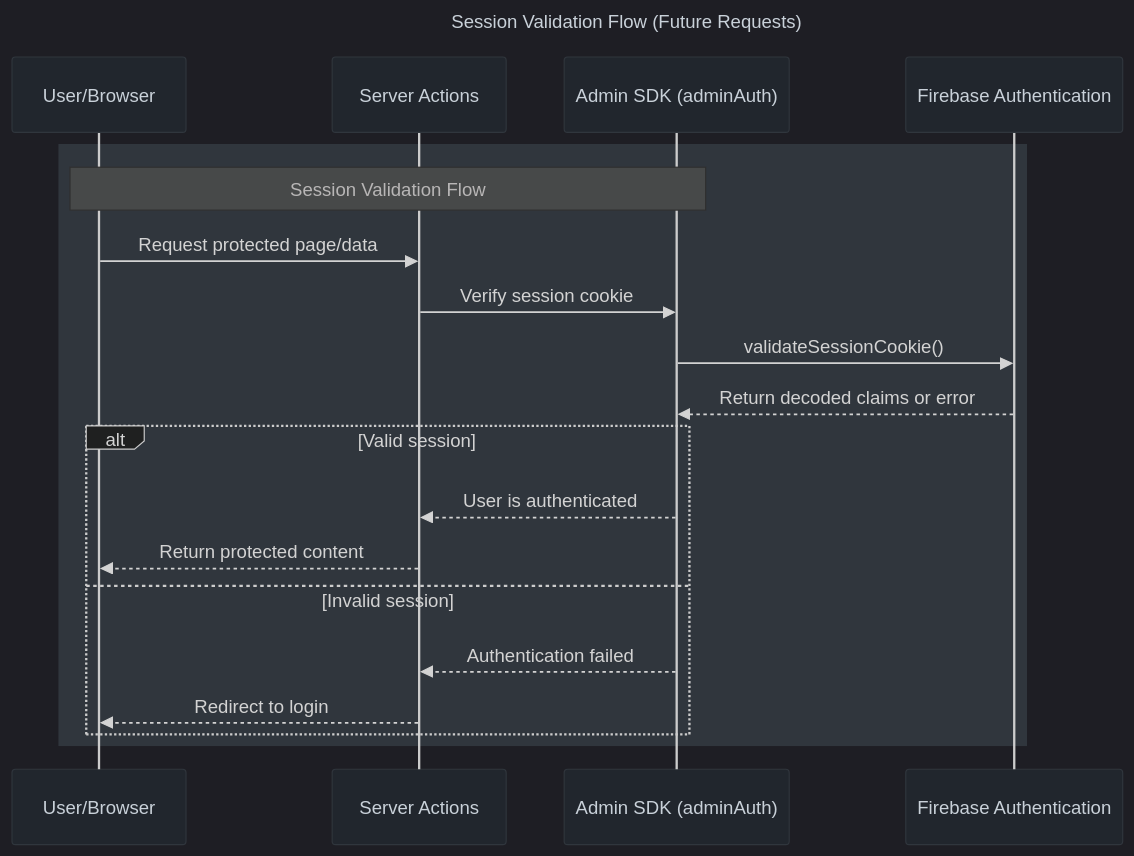
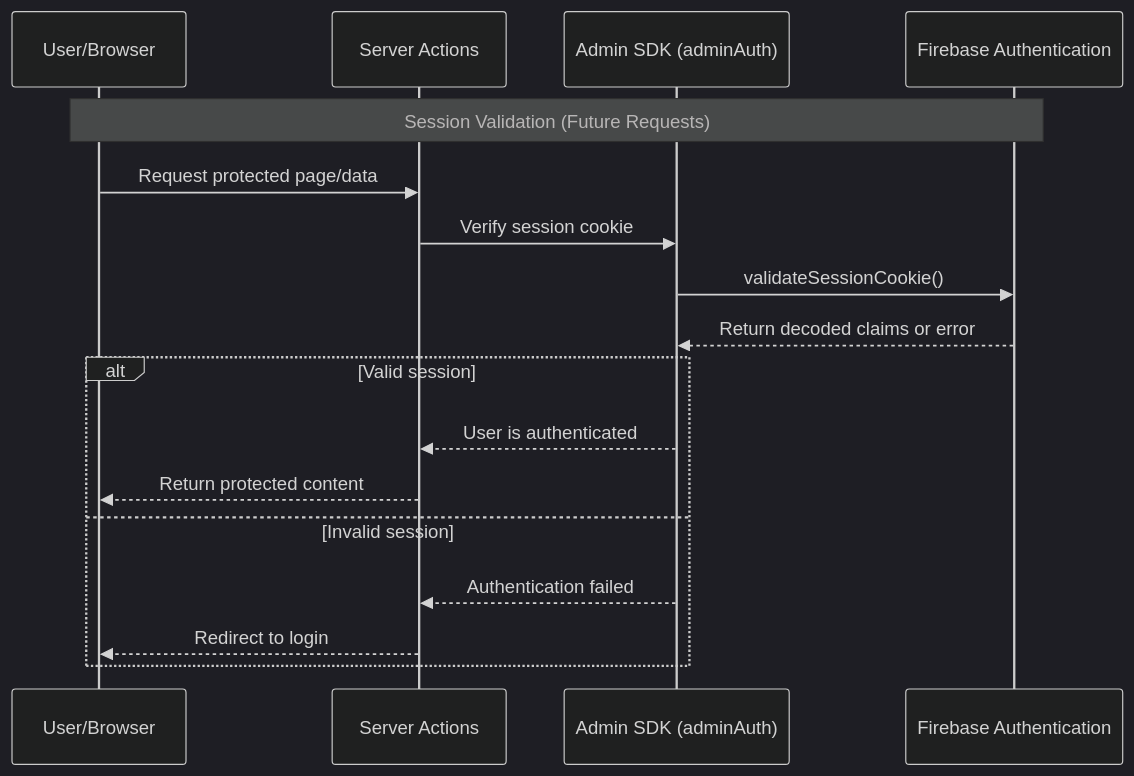
Before and after one commit to KeepSerene/vox-navi-ai-interview-prep-next-app: the third of 3 diagrams in README.md, drawn with Mermaid. The commit also changed other lines of this file, not shown here.

Commit message:
changed the mermaid diagram color palette

````diff
--- a/README.md
+++ b/README.md
@@ -245,37 +218,23 @@
 ```mermaid
-%%{init: {'theme': 'dark', 'themeVariables': {
-    'background': '#0d1117',
-    'primaryColor': '#161b22',
-    'secondaryColor': '#21262d',
-    'tertiaryColor': '#30363d',
-    'lineColor': '#c9d1d9',
-    'textColor': '#c9d1d9',
-    'actorBkg': '#21262d',
-    'actorBorder': '#30363d',
-    'actorTextColor': '#c9d1d9',
-    'messageTextColor': '#c9d1d9'
-}}}%%
+%%{init: {'theme': 'dark', 'themeVariables': { 'darkMode': true, 'background': '#0d1117', 'primaryColor': '#30363d', 'primaryTextColor': '#e6edf3', 'primaryBorderColor': '#30363d', 'lineColor': '#8b949e', 'secondaryColor': '#161b22', 'tertiaryColor': '#161b22' }}}%%
 sequenceDiagram
-title Session Validation Flow (Future Requests)
-participant User as User/Browser
-participant ServerAction as Server Actions
-participant AdminSDK as Admin SDK (adminAuth)
-participant FirebaseAuth as Firebase Authentication
+    participant User as User/Browser
+    participant ServerAction as Server Actions
+    participant AdminSDK as Admin SDK (adminAuth)
+    participant FirebaseAuth as Firebase Authentication
 
-rect #161b22
-    Note over User, AdminSDK: Session Validation Flow
+    Note over User, FirebaseAuth: Session Validation (Future Requests)
     User->>ServerAction: Request protected page/data
     ServerAction->>AdminSDK: Verify session cookie
     AdminSDK->>FirebaseAuth: validateSessionCookie()
     FirebaseAuth-->>AdminSDK: Return decoded claims or error
 
     alt Valid session
         AdminSDK-->>ServerAction: User is authenticated
         ServerAction-->>User: Return protected content
     else Invalid session
         AdminSDK-->>ServerAction: Authentication failed
         ServerAction-->>User: Redirect to login
     end
-end
 
 ```
````
